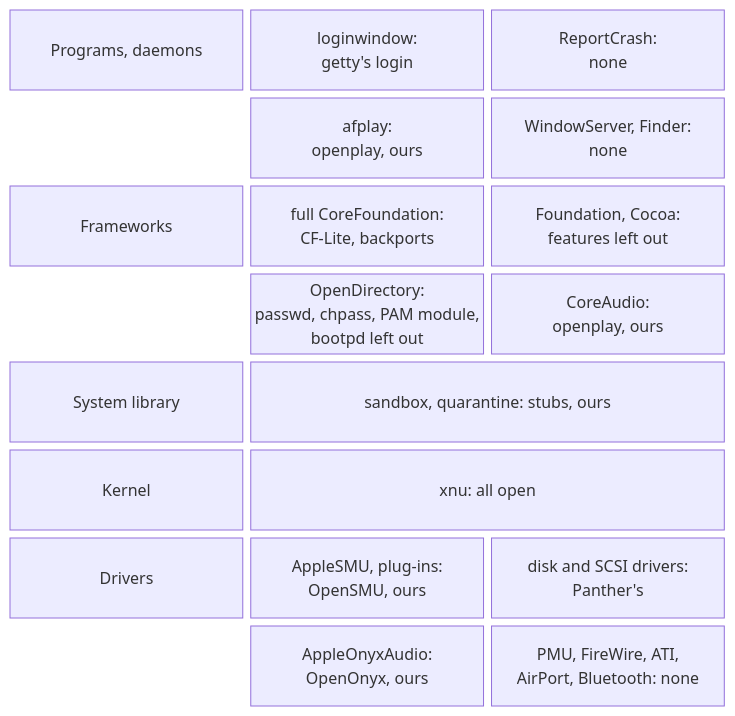
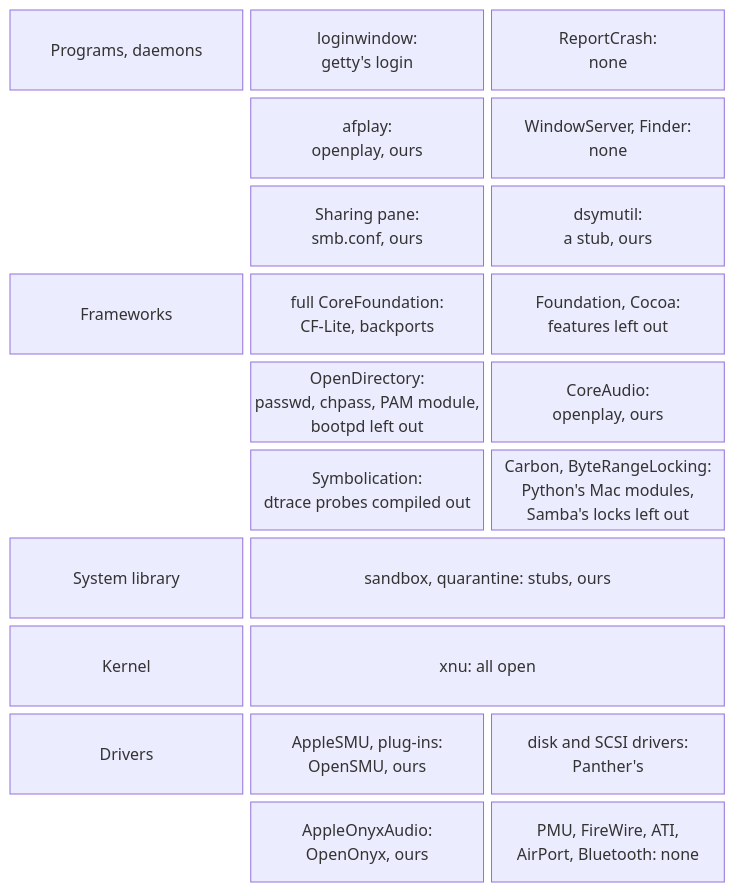
One commit to nyg/PowerDarwin changed the diagram in docs/src/synthesis/what-stays-closed.md. Above: the diagram before and after it, drawn with Mermaid. The commit also changed other lines of this file and 16 other files, not shown here.

````diff
--- a/docs/src/synthesis/what-stays-closed.md
+++ b/docs/src/synthesis/what-stays-closed.md
@@ -25,12 +25,14 @@
 ```mermaid
 block-beta
     columns 3
     p["Programs, daemons"] p1["loginwindow:<br/>getty's login"] p2["ReportCrash:<br/>none"]
     space p3["afplay:<br/>openplay, ours"] p4["WindowServer, Finder:<br/>none"]
+    space p5["Sharing pane:<br/>smb.conf, ours"] p6["dsymutil:<br/>a stub, ours"]
     f["Frameworks"] f1["full CoreFoundation:<br/>CF-Lite, backports"] f2["Foundation, Cocoa:<br/>features left out"]
     space f3["OpenDirectory:<br/>passwd, chpass, PAM module,<br/>bootpd left out"] f4["CoreAudio:<br/>openplay, ours"]
+    space f5["Symbolication:<br/>dtrace probes compiled out"] f6["Carbon, ByteRangeLocking:<br/>Python's Mac modules,<br/>Samba's locks left out"]
     l["System library"] l1["sandbox, quarantine: stubs, ours"]:2
     k["Kernel"] k1["xnu: all open"]:2
     d["Drivers"] d1["AppleSMU, plug-ins:<br/>OpenSMU, ours"] d2["disk and SCSI drivers:<br/>Panther's"]
     space d3["AppleOnyxAudio:<br/>OpenOnyx, ours"] d4["PMU, FireWire, ATI,<br/>AirPort, Bluetooth: none"]
 ```
````
